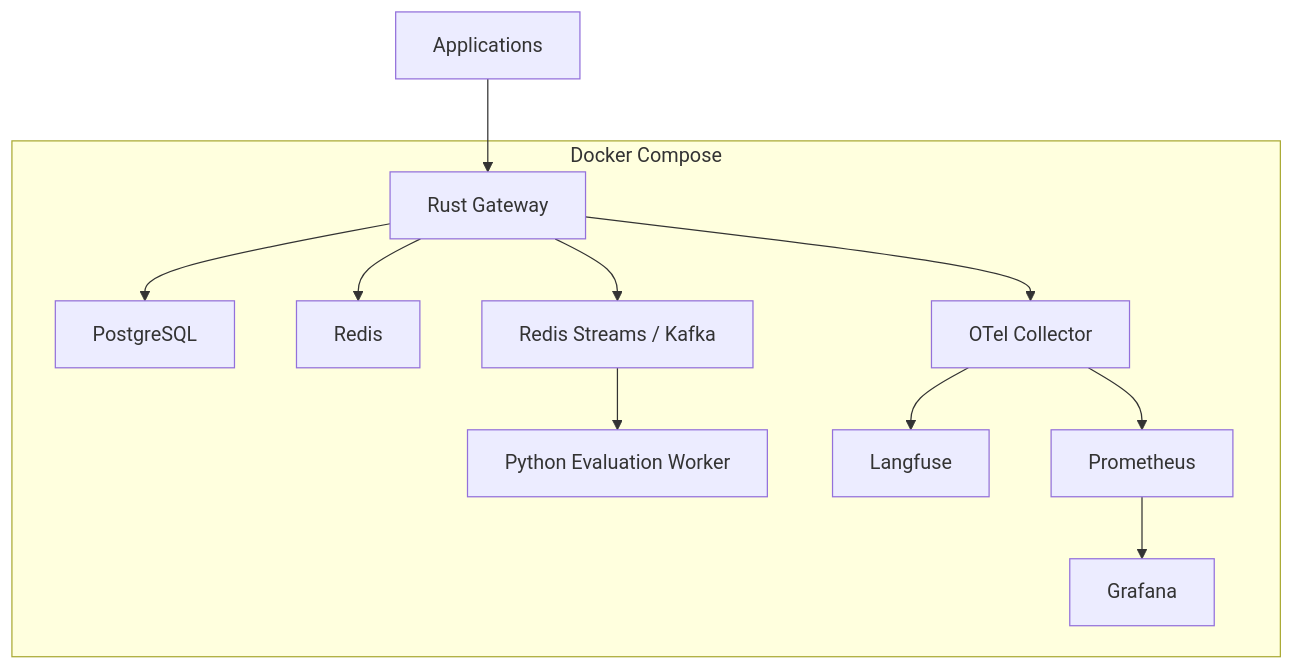
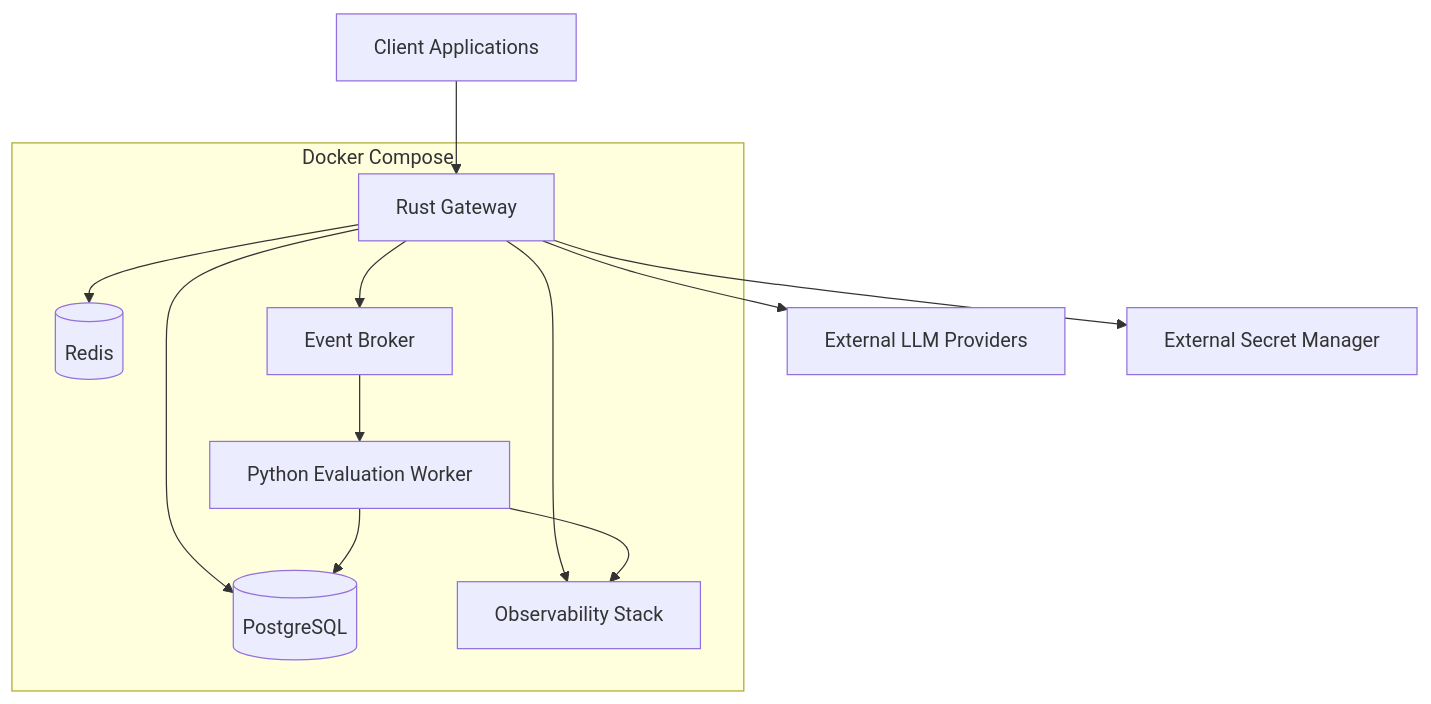
Before and after one commit to mezni/bioviva: the third of 3 diagrams in docs/architecture.md, drawn with Mermaid. The commit also changed other lines of this file and 1 other file, not shown here.

Commit message:
llm-gateway: define domain model and business invariants

````diff
--- a/docs/architecture.md
+++ b/docs/architecture.md
@@ -914,26 +778,27 @@
 ```mermaid
 flowchart TB
-    APP["Applications"]
+    CLIENT["Client Applications"]
 
-    subgraph COMPOSE["Docker Compose"]
+    subgraph DOCKER["Docker Compose"]
         GW["Rust Gateway"]
-        PG["PostgreSQL"]
-        REDIS["Redis"]
-        BROKER["Redis Streams / Kafka"]
+        PG[("PostgreSQL")]
+        REDIS[("Redis")]
+        BROKER["Event Broker"]
         EVAL["Python Evaluation Worker"]
-        OTEL["OTel Collector"]
-        LF["Langfuse"]
-        PROM["Prometheus"]
-        GRAF["Grafana"]
+        OBS["Observability Stack"]
     end
 
-    APP --> GW
+    PROVIDERS["External LLM Providers"]
+    SECRET["External Secret Manager"]
+
+    CLIENT --> GW
     GW --> PG
     GW --> REDIS
     GW --> BROKER
-    GW --> OTEL
+    GW --> PROVIDERS
+    GW --> SECRET
     BROKER --> EVAL
-    OTEL --> LF
-    OTEL --> PROM
-    PROM --> GRAF
+    EVAL --> PG
+    GW --> OBS
+    EVAL --> OBS
 ```
````
